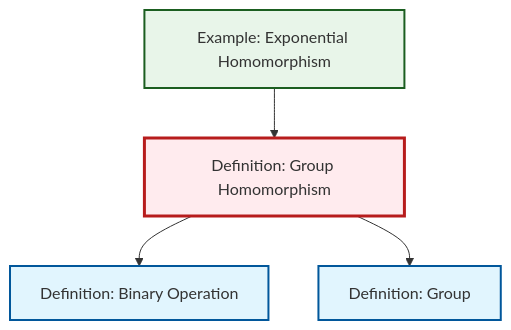
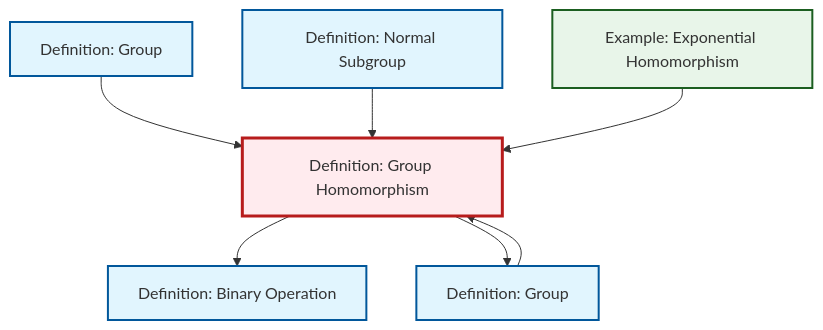
One commit to RK0429/ModernMath changed the diagram in content/ja/algebra/def-homomorphism.qmd. Above: the diagram before and after it, drawn with Mermaid. The commit also changed 511 other files, not shown here.

````diff
--- a/content/ja/algebra/def-homomorphism.qmd
+++ b/content/ja/algebra/def-homomorphism.qmd
@@ -48,21 +48,22 @@
 ```{mermaid}
 %%| fig-cap: "Local dependency graph"
 graph TD
     classDef definition fill:#e1f5fe,stroke:#01579b,stroke-width:2px
     classDef theorem fill:#f3e5f5,stroke:#4a148c,stroke-width:2px
     classDef axiom fill:#fff3e0,stroke:#e65100,stroke-width:2px
     classDef example fill:#e8f5e9,stroke:#1b5e20,stroke-width:2px
     classDef current fill:#ffebee,stroke:#b71c1c,stroke-width:3px
+    def-homomorphism["Definition: Group Homomorphism"]:::definition
+    def-normal-subgroup["Definition: Normal Subgroup"]:::definition
+    def-binary-operation["Definition: Binary Operation"]:::definition
+    ex-exponential-homomorphism["Example: Exponential Homomorphism"]:::example
     def-group["Definition: Group"]:::definition
-    def-homomorphism["Definition: Group Homomorphism"]:::definition
-    ex-exponential-homomorphism["Example: Exponential Homomorphism"]:::example
-    def-binary-operation["Definition: Binary Operation"]:::definition
-    ex-exponential-homomorphism --> def-homomorphism
+    def-group-example["Definition: Group"]:::definition
+    def-group --> def-homomorphism
+    def-group-example --> def-homomorphism
     def-homomorphism --> def-binary-operation
     def-homomorphism --> def-group
+    def-normal-subgroup --> def-homomorphism
+    ex-exponential-homomorphism --> def-homomorphism
     class def-homomorphism current
-
-    click def-group "def-group.html" "Definition: Groupへ"
-    click ex-exponential-homomorphism "ex-exponential-homomorphism.html" "Example: Exponential Homomorphismへ"
-    click def-binary-operation "def-binary-operation.html" "Definition: Binary Operationへ"
 ```
````
